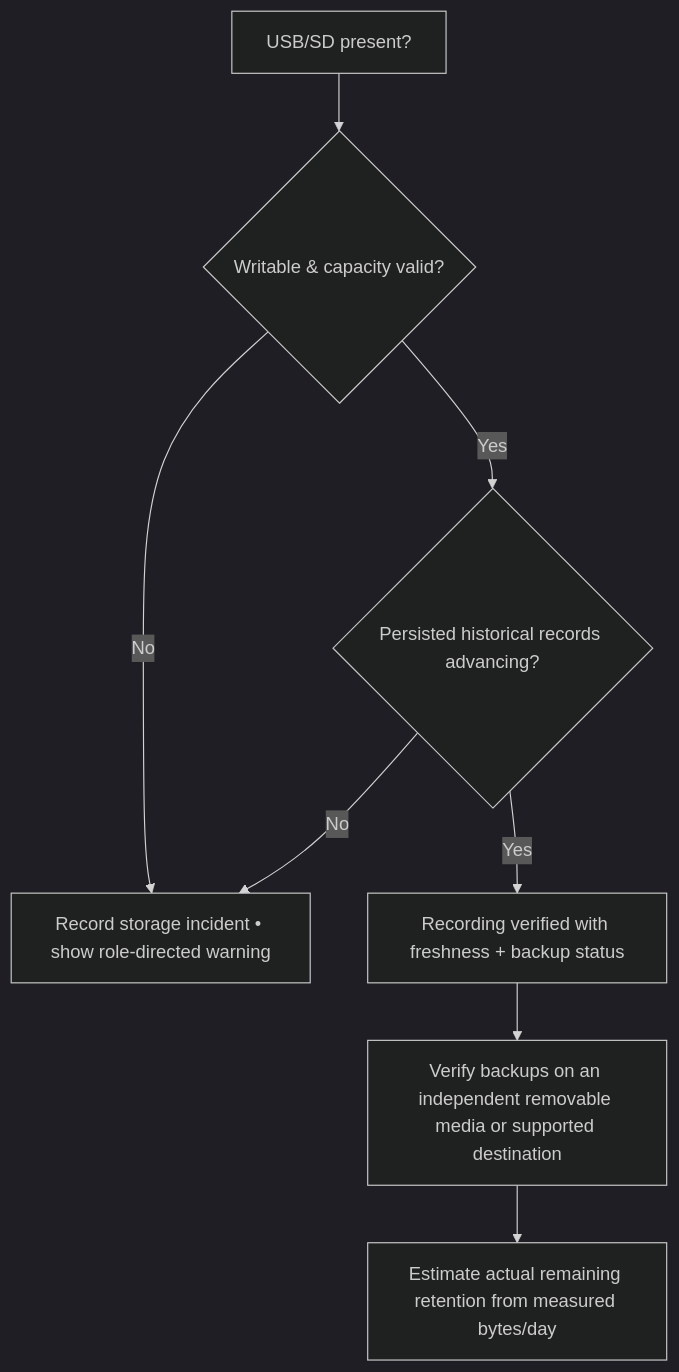
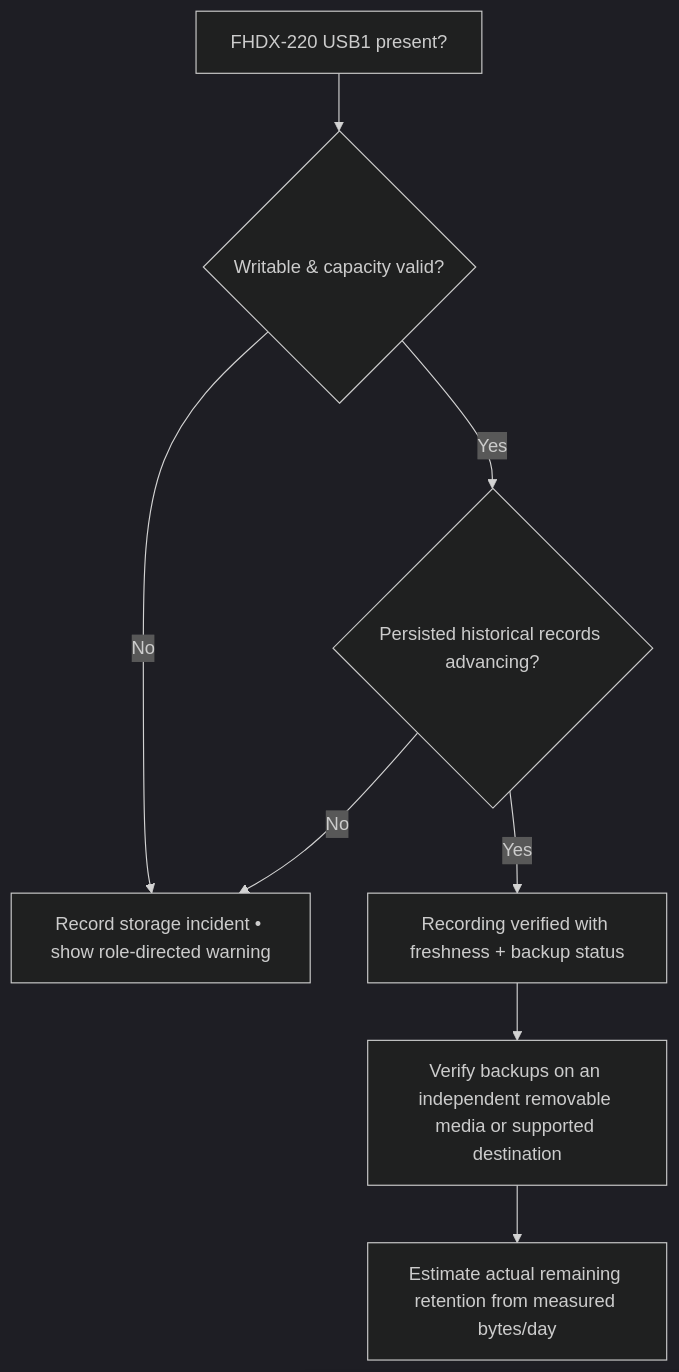
Before and after one commit to raohassandev/Weintek-Macro-Javascript-based-reporting: the fourth of 5 diagrams in docs/VISUAL_PLAN.md, drawn with Mermaid (dark theme). The commit also changed other lines of this file and 14 other files, not shown here.

````diff
--- a/docs/VISUAL_PLAN.md
+++ b/docs/VISUAL_PLAN.md
@@ -62,10 +62,10 @@
 ```mermaid
 flowchart TD
-   USB["USB/SD present?"] --> YES{"Writable & capacity valid?"}
+   USB["FHDX-220 USB1 present?"] --> YES{"Writable & capacity valid?"}
    YES -->|No| ALERT["Record storage incident • show role-directed warning"]
    YES -->|Yes| REC{"Persisted historical records advancing?"}
    REC -->|No| ALERT
    REC -->|Yes| OK["Recording verified with freshness + backup status"]
    OK --> BAK["Verify backups on an independent removable media or supported destination"]
    BAK --> CAP["Estimate actual remaining retention from measured bytes/day"]
 ```
````
